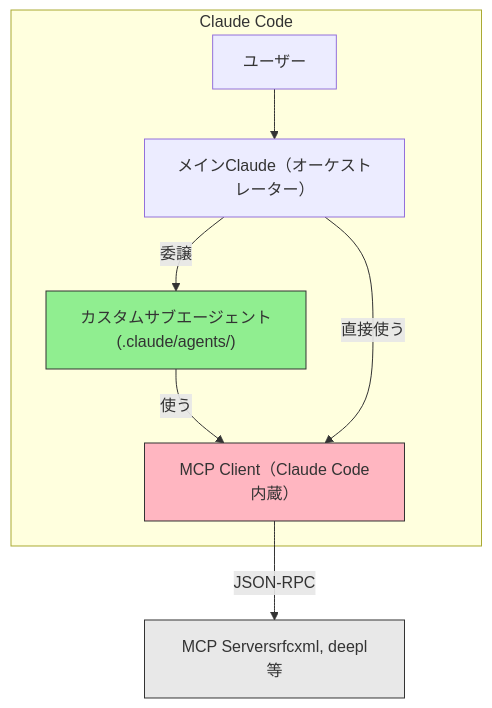
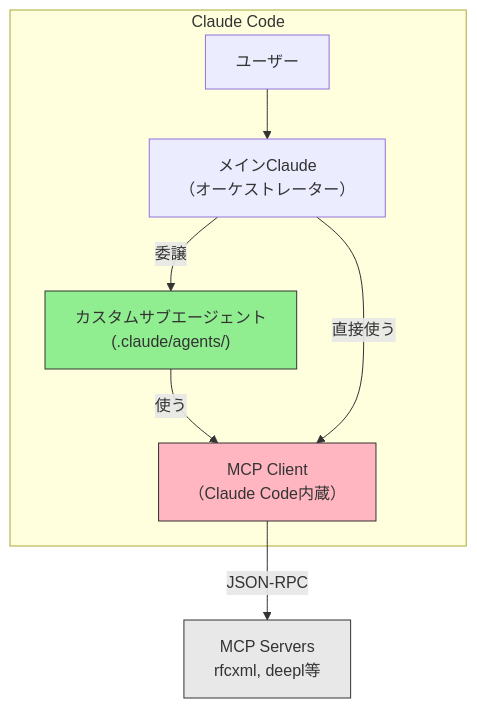
One commit to shuji-bonji/ai-agent-architecture changed the fifth of 12 diagrams in docs/ja/concepts/03-architecture.md. Above: the diagram before and after it, drawn with Mermaid. The commit also changed other lines of this file and 8 other files, not shown here.

````diff
--- a/docs/ja/concepts/03-architecture.md
+++ b/docs/ja/concepts/03-architecture.md
@@ -243,22 +243,22 @@
 ```mermaid
 flowchart TB
     subgraph CLAUDE_CODE["Claude Code"]
         USER["ユーザー"]
-        MAIN["メインClaude<bn>（オーケストレーター）"]
-        SUBAGENT["カスタムサブエージェント<bn>(.claude/agents/)"]
-        MCP_CLIENT["MCP Client<bn>（Claude Code内蔵）"]
+        MAIN["メインClaude<br>（オーケストレーター）"]
+        SUBAGENT["カスタムサブエージェント<br>(.claude/agents/)"]
+        MCP_CLIENT["MCP Client<br>（Claude Code内蔵）"]
 
         USER --> MAIN
         MAIN --"委譲"--> SUBAGENT
         SUBAGENT --"使う"--> MCP_CLIENT
         MAIN --"直接使う"--> MCP_CLIENT
     end
 
-    MCP_SERVERS["MCP Servers<bn>rfcxml, deepl等"]
+    MCP_SERVERS["MCP Servers<br>rfcxml, deepl等"]
 
     MCP_CLIENT --"JSON-RPC"--> MCP_SERVERS
 
     style MCP_CLIENT fill:#FFB6C1,color:#333,stroke:#333
     style SUBAGENT fill:#90EE90,color:#333,stroke:#333
     style MCP_SERVERS fill:#E8E8E8,color:#333,stroke:#333
 ```
````
